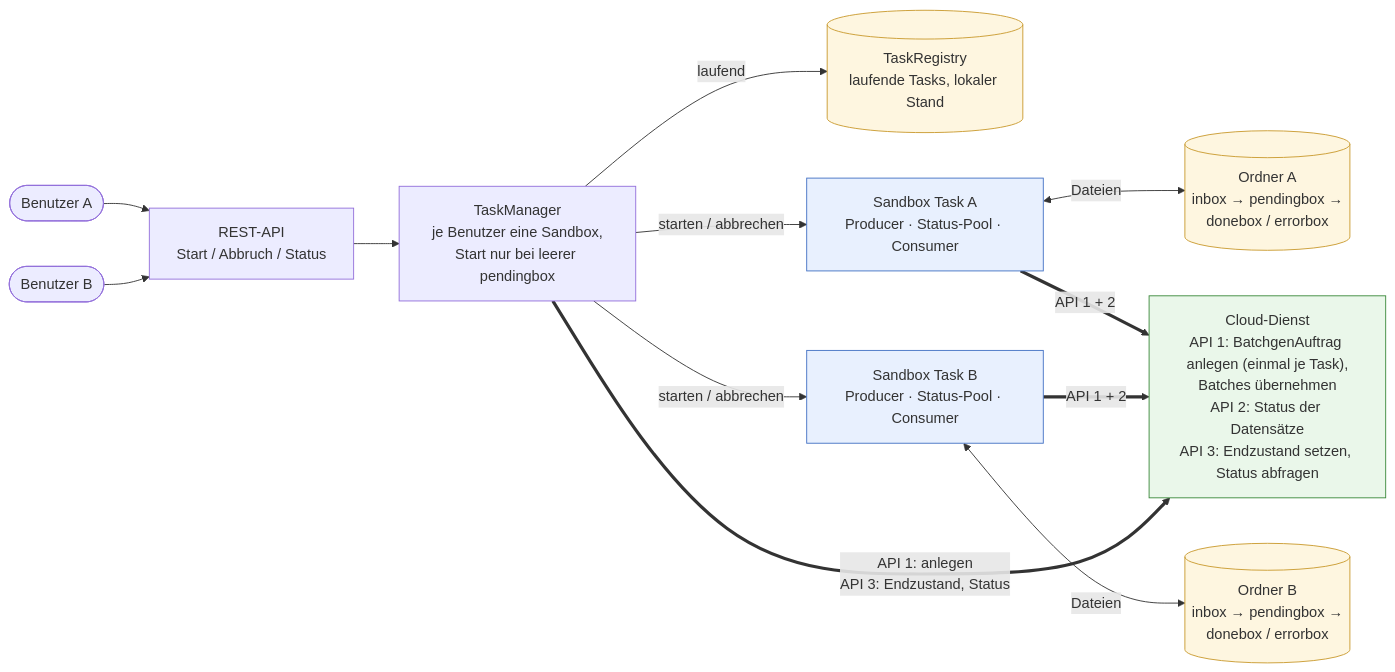
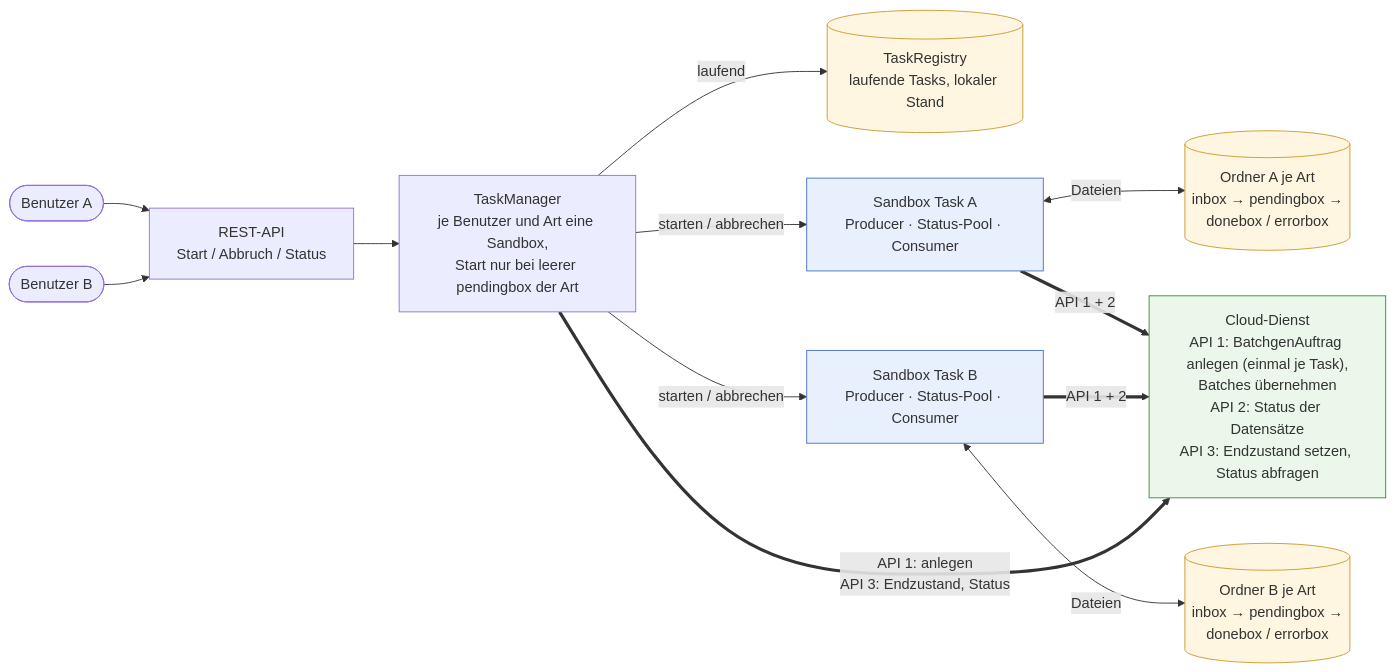
The diagram in docs/architect/anwendungsarchitektur_user.mmd (wwsstl/asynchrone-anwendungsarchitektur), drawn with Mermaid before and after one commit. The commit also changed 35 other files, not shown here.

```diff
--- a/docs/architect/anwendungsarchitektur_user.mmd
+++ b/docs/architect/anwendungsarchitektur_user.mmd
@@ -1,38 +1,38 @@
 flowchart LR
 
     %% Anwendungsarchitektur mit Benutzer A und B (vereinfacht), Stand funktionsweise_sequenz.md
 
     UserA(["Benutzer A"])
     UserB(["Benutzer B"])
 
     API["REST-API<br/>Start / Abbruch / Status"]
-    TM["TaskManager<br/>je Benutzer eine Sandbox,<br/>Start nur bei leerer pendingbox"]
+    TM["TaskManager<br/>je Benutzer und Art eine Sandbox,<br/>Start nur bei leerer pendingbox der Art"]
     Reg[("TaskRegistry<br/>laufende Tasks, lokaler Stand")]
 
     SA["Sandbox Task A<br/>Producer · Status-Pool · Consumer"]
     SB["Sandbox Task B<br/>Producer · Status-Pool · Consumer"]
 
-    OA[("Ordner A<br/>inbox → pendingbox →<br/>donebox / errorbox")]
-    OB[("Ordner B<br/>inbox → pendingbox →<br/>donebox / errorbox")]
+    OA[("Ordner A je Art<br/>inbox → pendingbox →<br/>donebox / errorbox")]
+    OB[("Ordner B je Art<br/>inbox → pendingbox →<br/>donebox / errorbox")]
 
     Cloud["Cloud-Dienst<br/>API 1: BatchgenAuftrag anlegen (einmal je Task),<br/>Batches übernehmen<br/>API 2: Status der Datensätze<br/>API 3: Endzustand setzen, Status abfragen"]
 
     UserA --> API
     UserB --> API
     API --> TM
     TM -->|"laufend"| Reg
     TM -->|"starten / abbrechen"| SA
     TM -->|"starten / abbrechen"| SB
     SA <-->|"Dateien"| OA
     SB <-->|"Dateien"| OB
     SA ==>|"API 1 + 2"| Cloud
     SB ==>|"API 1 + 2"| Cloud
     TM ==>|"API 1: anlegen<br/>API 3: Endzustand, Status"| Cloud
 
     classDef thread fill:#e8f0fe,stroke:#4472c4,stroke-width:1px;
     classDef store fill:#fef6e0,stroke:#c99a2e,stroke-width:1px;
     classDef external fill:#eaf7ea,stroke:#3c8a3c,stroke-width:1px;
 
     class SA,SB thread;
     class Reg,OA,OB store;
     class Cloud external;
```
